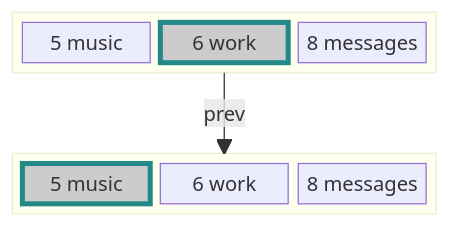
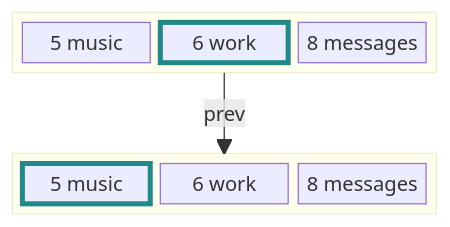
Before and after one commit to berezowski/swaymsg_workspace: the third of 10 diagrams in README.md, drawn with Mermaid. The commit also changed other lines of this file, not shown here.

````diff
--- a/README.md
+++ b/README.md
@@ -101,19 +101,19 @@
 ```mermaid
 block-beta
   columns 3
   block:a:3
     A["5 music"]
     B["6 work"]
     C["8 messages"]
   end
   space:3
   block:b:3
     D["5 music"]
     E["6 work"]
     F["8 messages"]
   end
   a -- "prev" --> b
-  style B fill:#ccc,stroke:#288,stroke-width:4px,color:#000
-  style D fill:#ccc,stroke:#288,stroke-width:4px,color:#000
+  style B stroke:#288,stroke-width:4px
+  style D stroke:#288,stroke-width:4px
 
 ```
````
